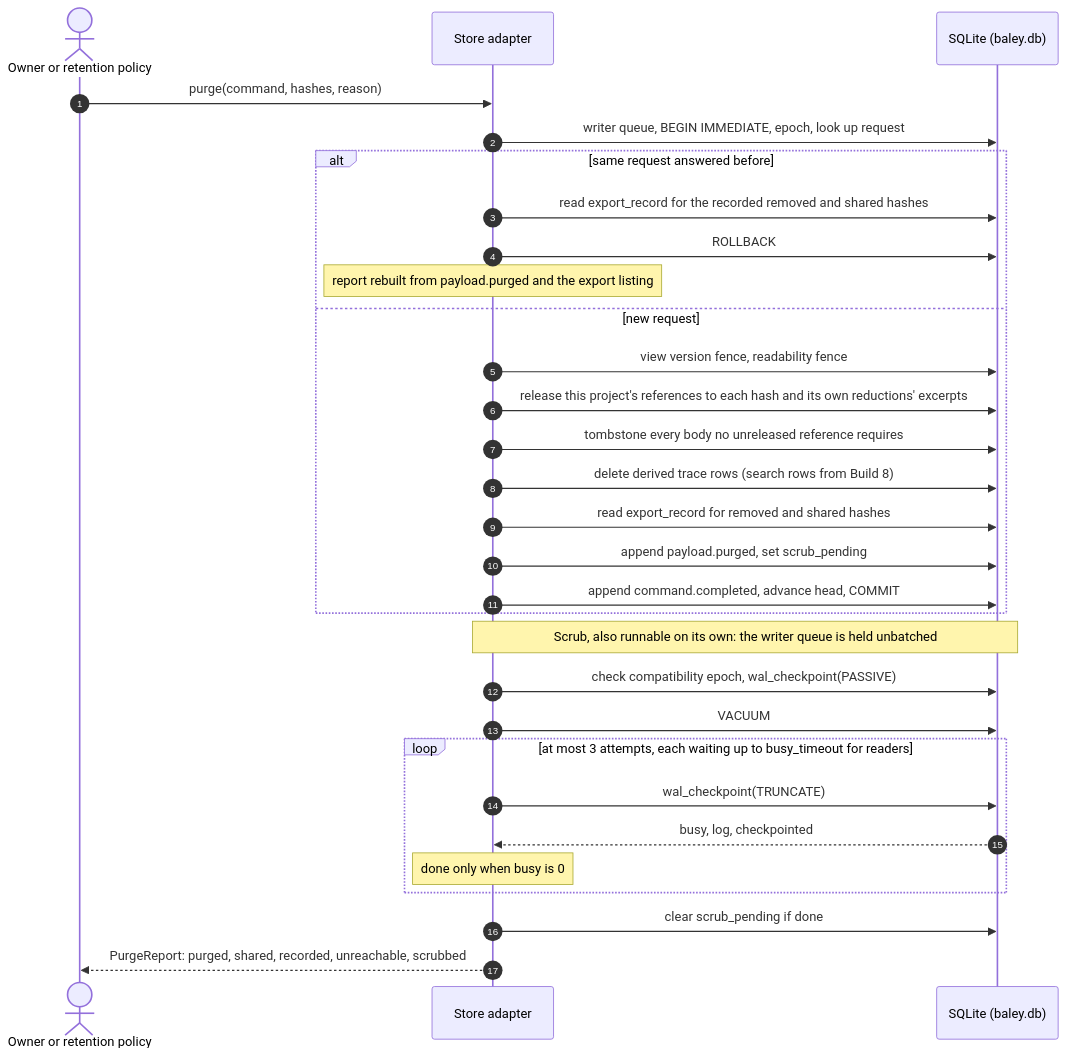
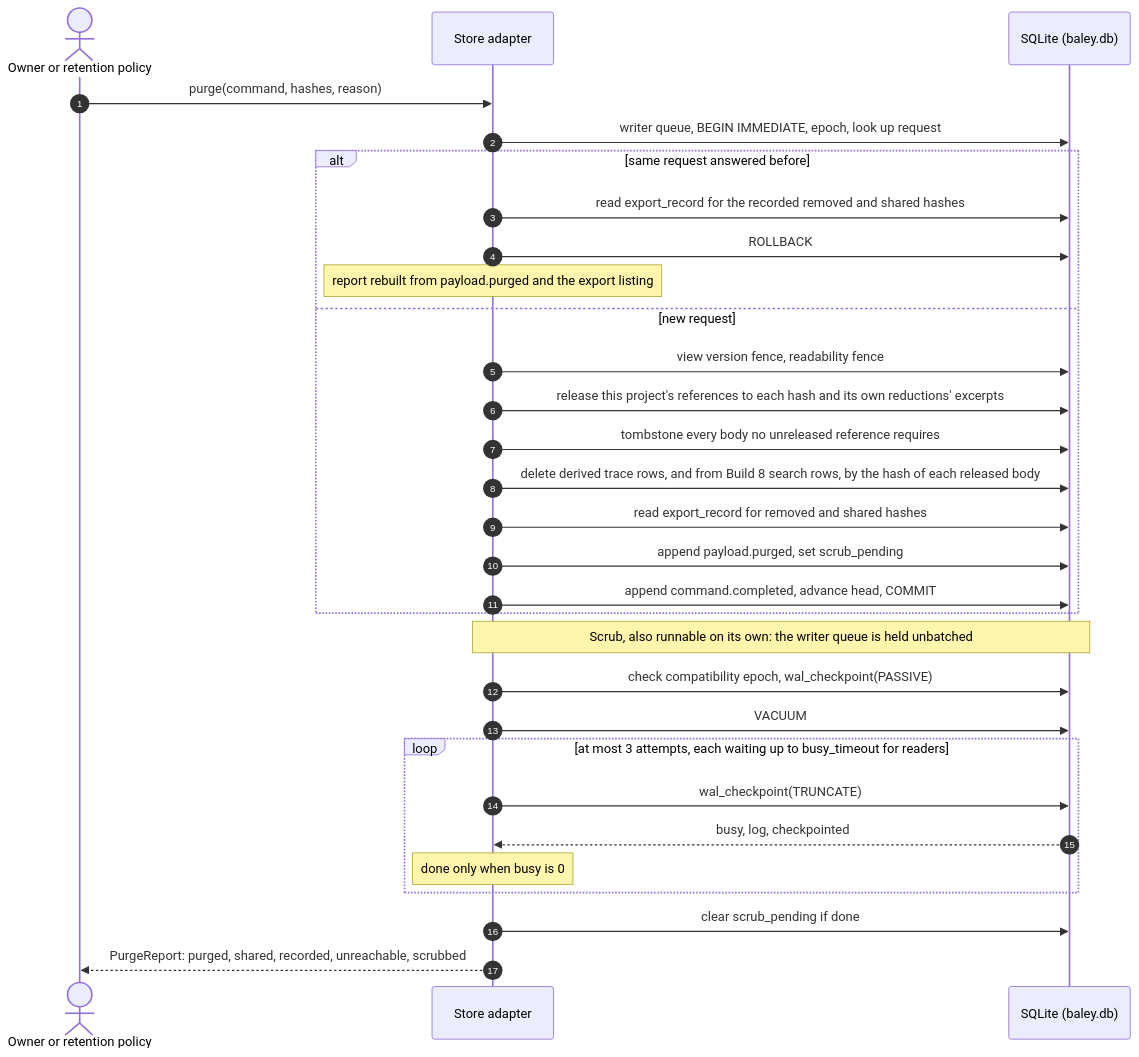
The tenth of 14 diagrams in docs/design/0001-evidence-ledger.md (crenshawdev/baley), drawn with Mermaid before and after one commit. The commit also changed other lines of this file, not shown here.

````diff
--- a/docs/design/0001-evidence-ledger.md
+++ b/docs/design/0001-evidence-ledger.md
@@ -810,32 +809,32 @@
 ```mermaid
 sequenceDiagram
   autonumber
   actor O as Owner or retention policy
   participant L as Store adapter
   participant Q as SQLite (baley.db)
   O->>L: purge(command, hashes, reason)
   L->>Q: writer queue, BEGIN IMMEDIATE, epoch, look up request
   alt same request answered before
     L->>Q: read export_record for the recorded removed and shared hashes
     L->>Q: ROLLBACK
     Note over L: report rebuilt from payload.purged and the export listing
   else new request
     L->>Q: view version fence, readability fence
     L->>Q: release this project's references to each hash and its own reductions' excerpts
     L->>Q: tombstone every body no unreleased reference requires
-    L->>Q: delete derived trace rows (search rows from Build 8)
+    L->>Q: delete derived trace rows, and from Build 8 search rows, by the hash of each released body
     L->>Q: read export_record for removed and shared hashes
     L->>Q: append payload.purged, set scrub_pending
     L->>Q: append command.completed, advance head, COMMIT
   end
   Note over L,Q: Scrub, also runnable on its own: the writer queue is held unbatched
   L->>Q: check compatibility epoch, wal_checkpoint(PASSIVE)
   L->>Q: VACUUM
   loop at most 3 attempts, each waiting up to busy_timeout for readers
     L->>Q: wal_checkpoint(TRUNCATE)
     Q-->>L: busy, log, checkpointed
     Note over L: done only when busy is 0
   end
   L->>Q: clear scrub_pending if done
   L-->>O: PurgeReport: purged, shared, recorded, unreachable, scrubbed
 ```
````
